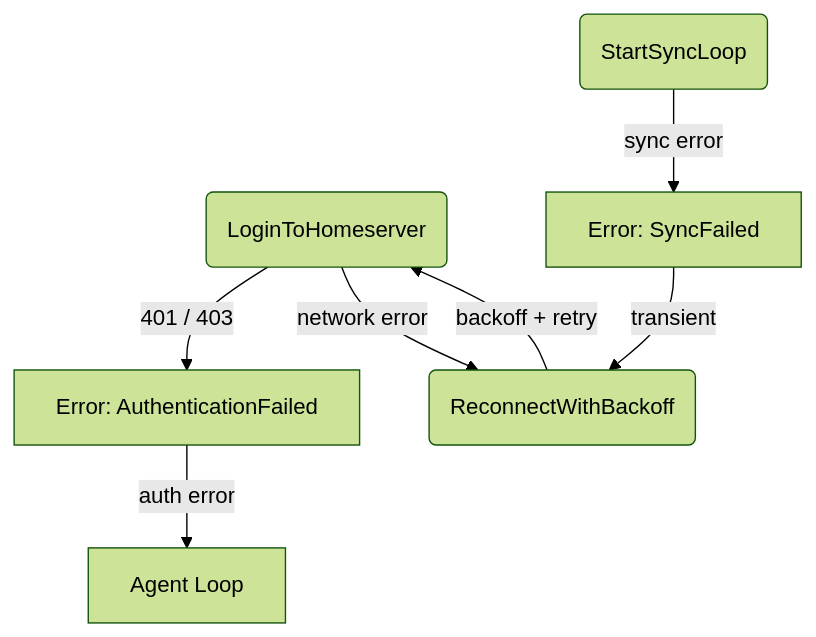
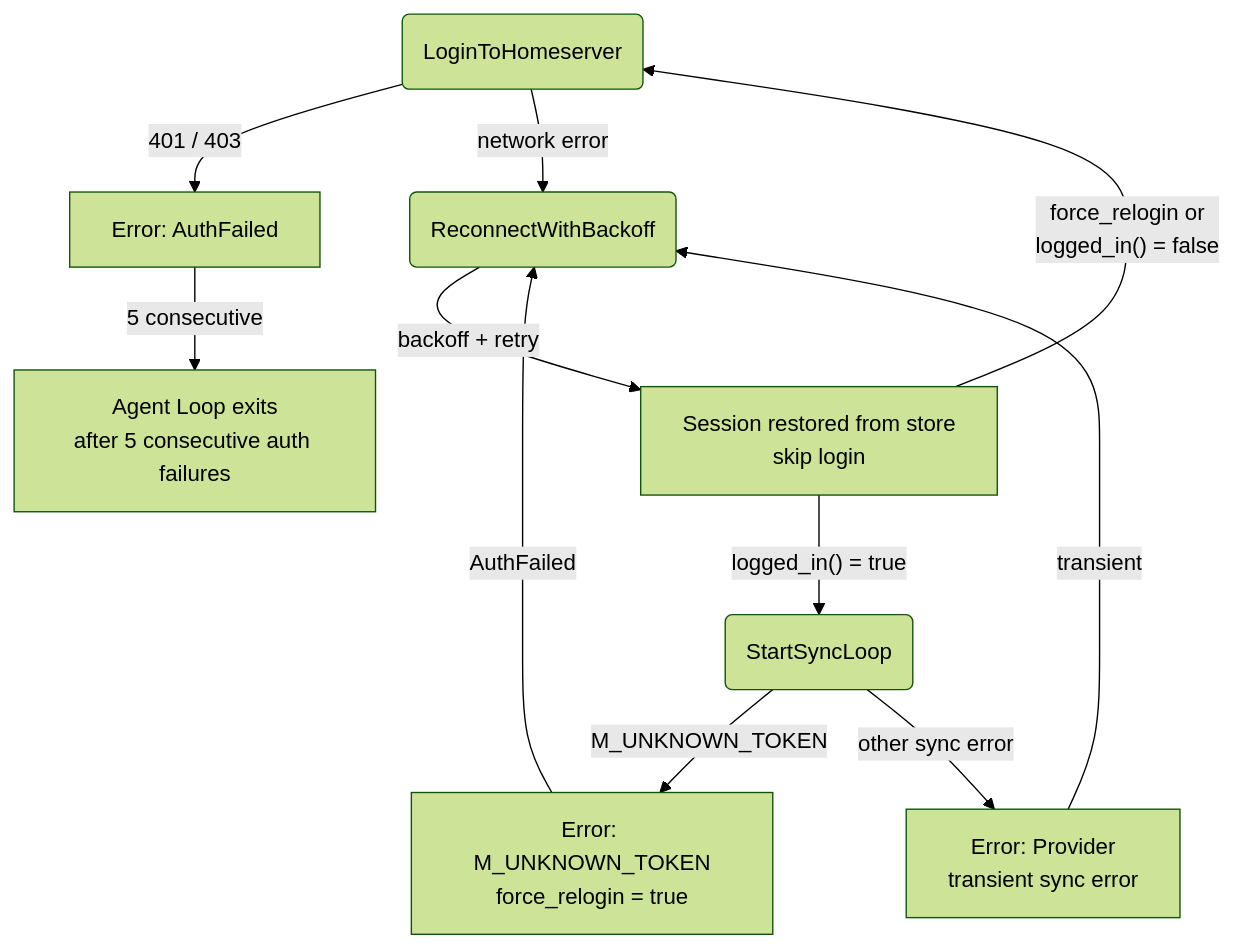
One commit to cosmoswafer/rockbot changed the second of 9 diagrams in _dfd/infra/matrix.md. Above: the diagram before and after it, drawn with Mermaid (forest theme). The commit also changed other lines of this file and 5 other files, not shown here.

First line of the commit message:
fix: persist Matrix session and handle token invalidation (closes #66)

````diff
--- a/_dfd/infra/matrix.md
+++ b/_dfd/infra/matrix.md
@@ -69,16 +72,22 @@
 ```mermaid
 flowchart TD
     LOGIN(LoginToHomeserver)
     SYNC(StartSyncLoop)
-    ERR_AUTH[Error: AuthenticationFailed]
-    ERR_SYNC[Error: SyncFailed]
+    ERR_TOKEN[Error: M_UNKNOWN_TOKEN<br/>force_relogin = true]
+    ERR_AUTH[Error: AuthFailed]
+    ERR_SYNC[Error: Provider<br/>transient sync error]
     RECONNECT(ReconnectWithBackoff)
-    AGENT[Agent Loop]
+    RESTORE[Session restored from store<br/>skip login]
+    AGENT[Agent Loop exits<br/>after 5 consecutive auth failures]
 
     LOGIN -->|"401 / 403"| ERR_AUTH
     LOGIN -->|"network error"| RECONNECT
-    SYNC -->|"sync error"| ERR_SYNC
+    SYNC -->|"M_UNKNOWN_TOKEN"| ERR_TOKEN
+    SYNC -->|"other sync error"| ERR_SYNC
     ERR_SYNC -->|"transient"| RECONNECT
-    RECONNECT -->|"backoff + retry"| LOGIN
-    ERR_AUTH -->|"auth error"| AGENT
+    RECONNECT -->|"backoff + retry"| RESTORE
+    RESTORE -->|"logged_in() = true"| SYNC
+    RESTORE -->|"force_relogin or<br/>logged_in() = false"| LOGIN
+    ERR_TOKEN -->|"AuthFailed"| RECONNECT
+    ERR_AUTH -->|"5 consecutive"| AGENT
 ```
````
